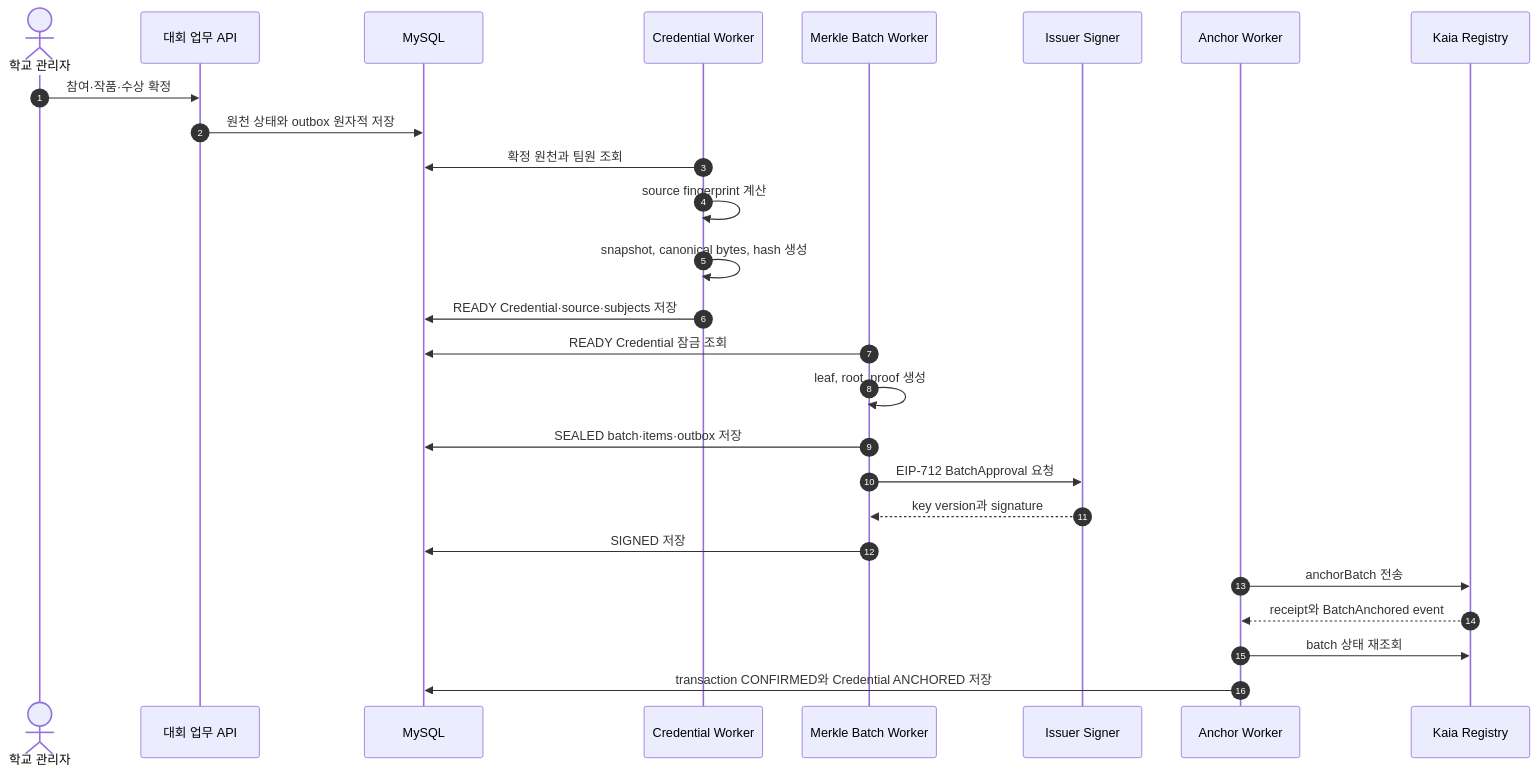
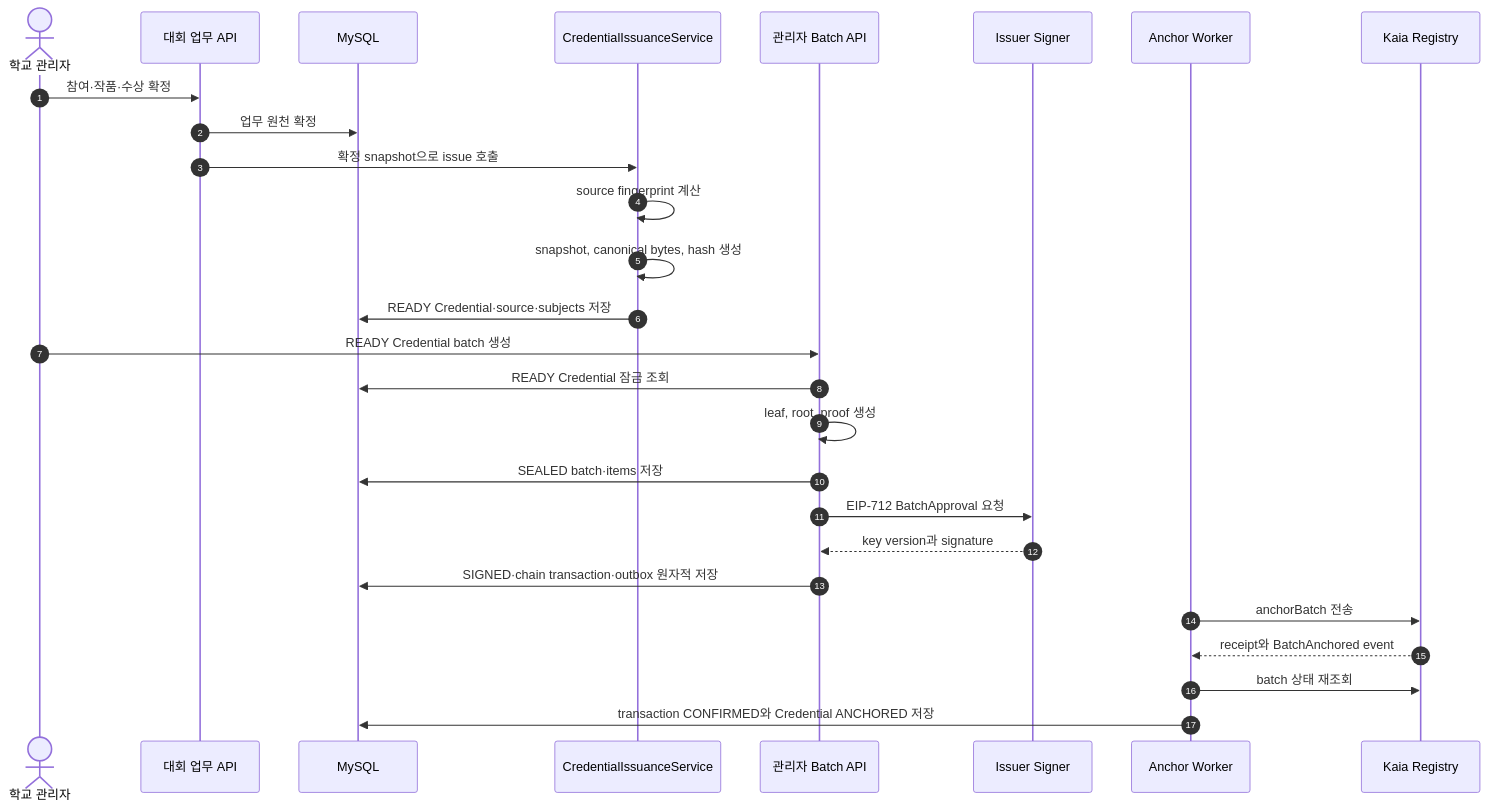
One commit to Tok-Baro/Trekkey_BackEnd changed the second of 3 diagrams in docs/blockchain-anchoring-architecture.md. Above: the diagram before and after it, drawn with Mermaid. The commit also changed other lines of this file and 123 other files, not shown here.

````diff
--- a/docs/blockchain-anchoring-architecture.md
+++ b/docs/blockchain-anchoring-architecture.md
@@ -520,29 +534,30 @@
 ```mermaid
 sequenceDiagram
     autonumber
     actor Admin as 학교 관리자
     participant Domain as 대회 업무 API
     participant DB as MySQL
-    participant Issue as Credential Worker
-    participant Batch as Merkle Batch Worker
+    participant Issue as CredentialIssuanceService
+    participant Batch as 관리자 Batch API
     participant Signer as Issuer Signer
     participant Anchor as Anchor Worker
     participant Kaia as Kaia Registry
 
     Admin->>Domain: 참여·작품·수상 확정
-    Domain->>DB: 원천 상태와 outbox 원자적 저장
-    Issue->>DB: 확정 원천과 팀원 조회
+    Domain->>DB: 업무 원천 확정
+    Domain->>Issue: 확정 snapshot으로 issue 호출
     Issue->>Issue: source fingerprint 계산
     Issue->>Issue: snapshot, canonical bytes, hash 생성
     Issue->>DB: READY Credential·source·subjects 저장
+    Admin->>Batch: READY Credential batch 생성
     Batch->>DB: READY Credential 잠금 조회
     Batch->>Batch: leaf, root, proof 생성
-    Batch->>DB: SEALED batch·items·outbox 저장
+    Batch->>DB: SEALED batch·items 저장
     Batch->>Signer: EIP-712 BatchApproval 요청
     Signer-->>Batch: key version과 signature
-    Batch->>DB: SIGNED 저장
+    Batch->>DB: SIGNED·chain transaction·outbox 원자적 저장
     Anchor->>Kaia: anchorBatch 전송
     Kaia-->>Anchor: receipt와 BatchAnchored event
     Anchor->>Kaia: batch 상태 재조회
     Anchor->>DB: transaction CONFIRMED와 Credential ANCHORED 저장
 ```
````
